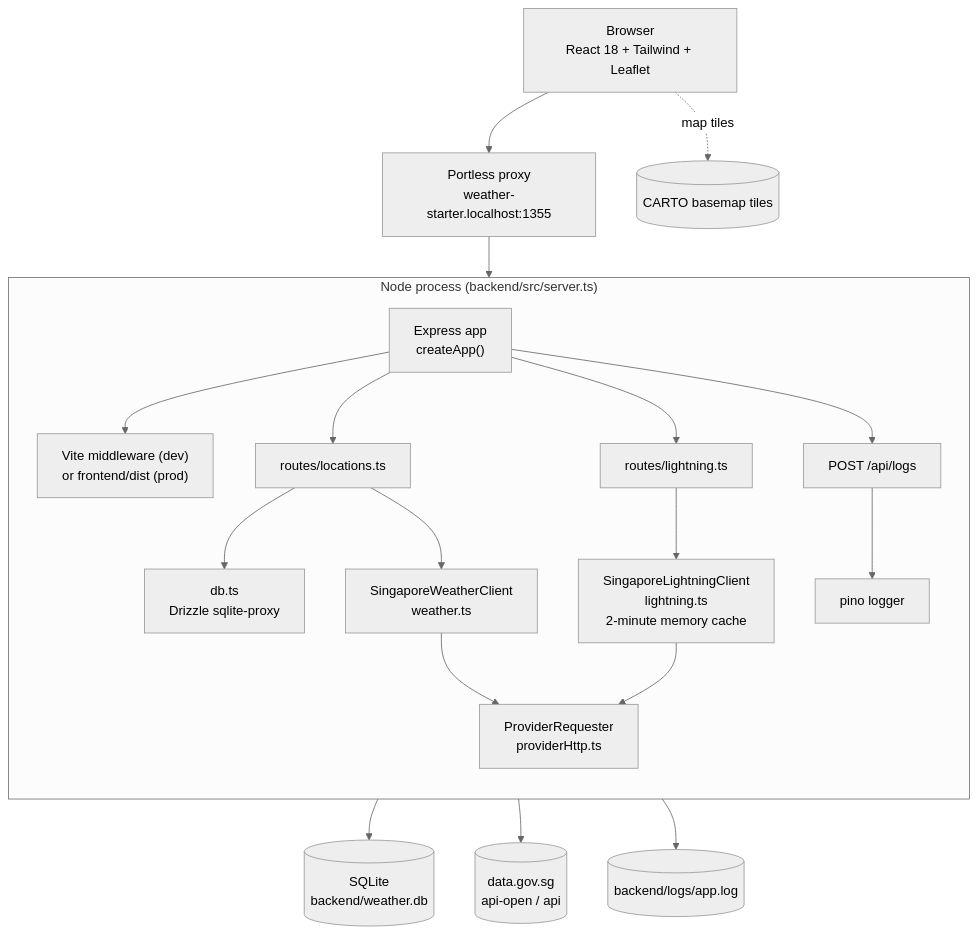
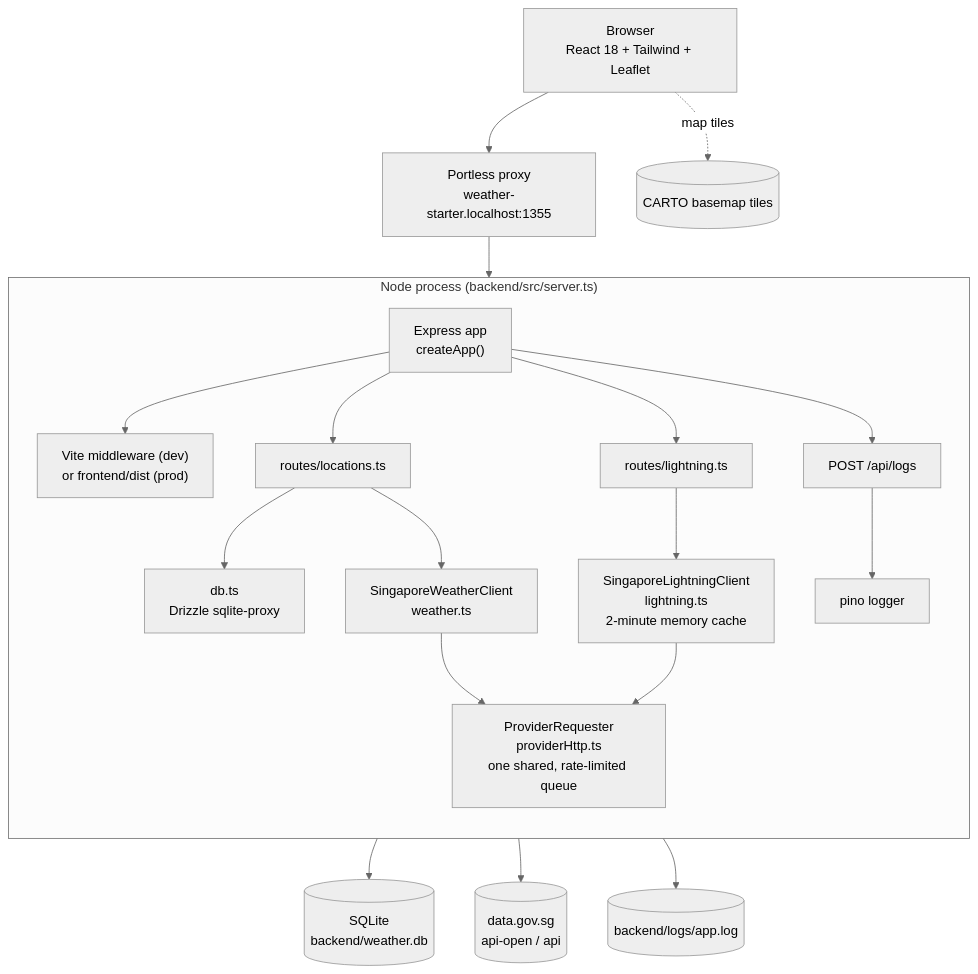
The first of 2 diagrams in docs/src/content/docs/architecture/overview.md (chuan77/AIxTech-SG-Weather), drawn with Mermaid (neutral theme) before and after one commit. The commit also changed 42 other files, not shown here.

````diff
--- a/docs/src/content/docs/architecture/overview.md
+++ b/docs/src/content/docs/architecture/overview.md
@@ -12,36 +12,36 @@
 ```mermaid
 flowchart TB
   Browser["Browser<br/>React 18 + Tailwind + Leaflet"]
   Portless["Portless proxy<br/>weather-starter.localhost:1355"]
   CARTO[("CARTO basemap tiles")]
 
   subgraph Node["Node process (backend/src/server.ts)"]
     direction TB
     Express["Express app<br/>createApp()"]
     Vite["Vite middleware (dev)<br/>or frontend/dist (prod)"]
     Locations["routes/locations.ts"]
     Lightning["routes/lightning.ts"]
     Logs["POST /api/logs"]
     WClient["SingaporeWeatherClient<br/>weather.ts"]
     LClient["SingaporeLightningClient<br/>lightning.ts<br/>2-minute memory cache"]
-    Http["ProviderRequester<br/>providerHttp.ts"]
+    Http["ProviderRequester<br/>providerHttp.ts<br/>one shared, rate-limited queue"]
     DB["db.ts<br/>Drizzle sqlite-proxy"]
     Logger["pino logger"]
   end
 
   SQLite[("SQLite<br/>backend/weather.db")]
   LogFile[("backend/logs/app.log")]
   DataGov[("data.gov.sg<br/>api-open / api")]
 
   Browser --> Portless --> Express
   Browser -. map tiles .-> CARTO
   Express --> Vite
   Express --> Locations
   Express --> Lightning
   Express --> Logs
   Locations --> DB --> SQLite
   Locations --> WClient --> Http
   Lightning --> LClient --> Http
   Http --> DataGov
   Logs --> Logger --> LogFile
 ```
````
